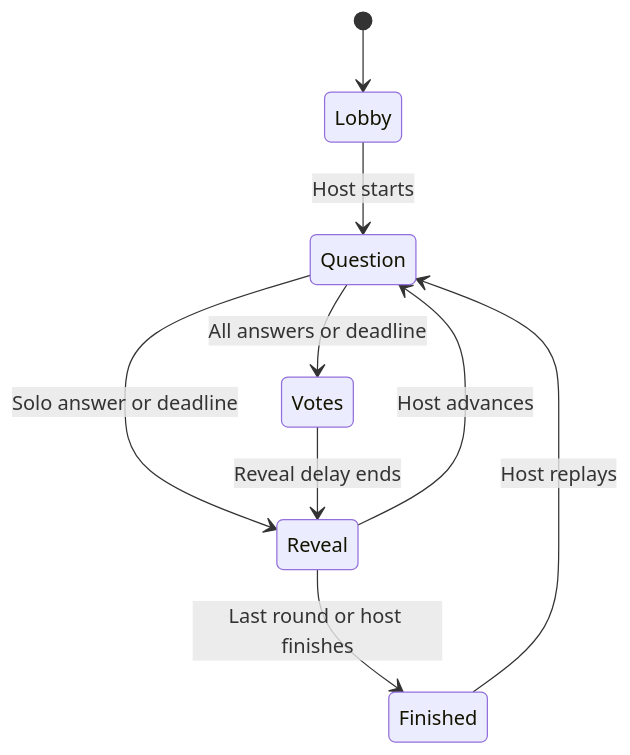
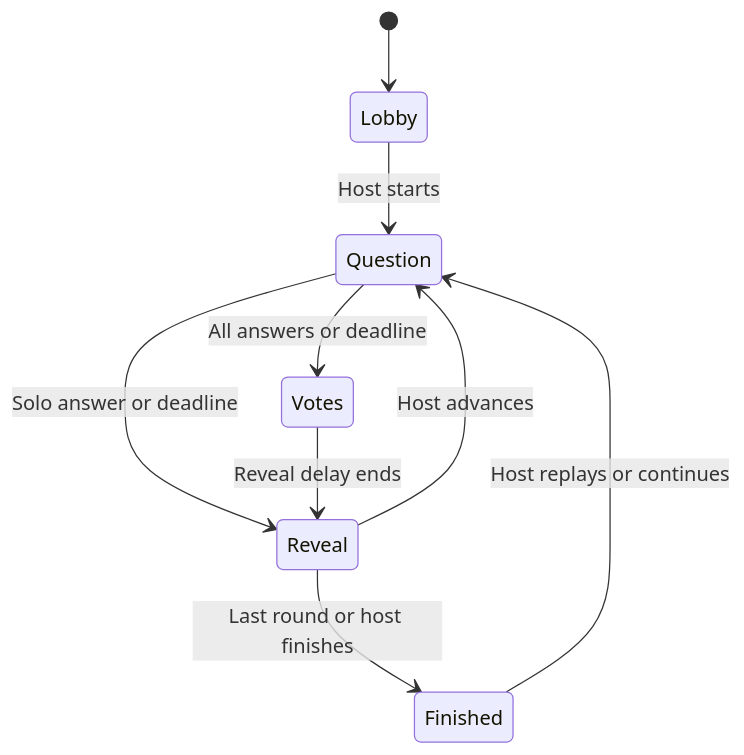
The third of 3 diagrams in docs/architecture.md (L-Upadhyay/oddly-true), drawn with Mermaid before and after one commit. The commit also changed other lines of this file and 9 other files, not shown here.

````diff
--- a/docs/architecture.md
+++ b/docs/architecture.md
@@ -48,11 +48,11 @@
 ```mermaid
 stateDiagram-v2
   [*] --> Lobby
   Lobby --> Question: Host starts
   Question --> Votes: All answers or deadline
   Question --> Reveal: Solo answer or deadline
   Votes --> Reveal: Reveal delay ends
   Reveal --> Question: Host advances
   Reveal --> Finished: Last round or host finishes
-  Finished --> Question: Host replays
+  Finished --> Question: Host replays or continues
 ```
````
